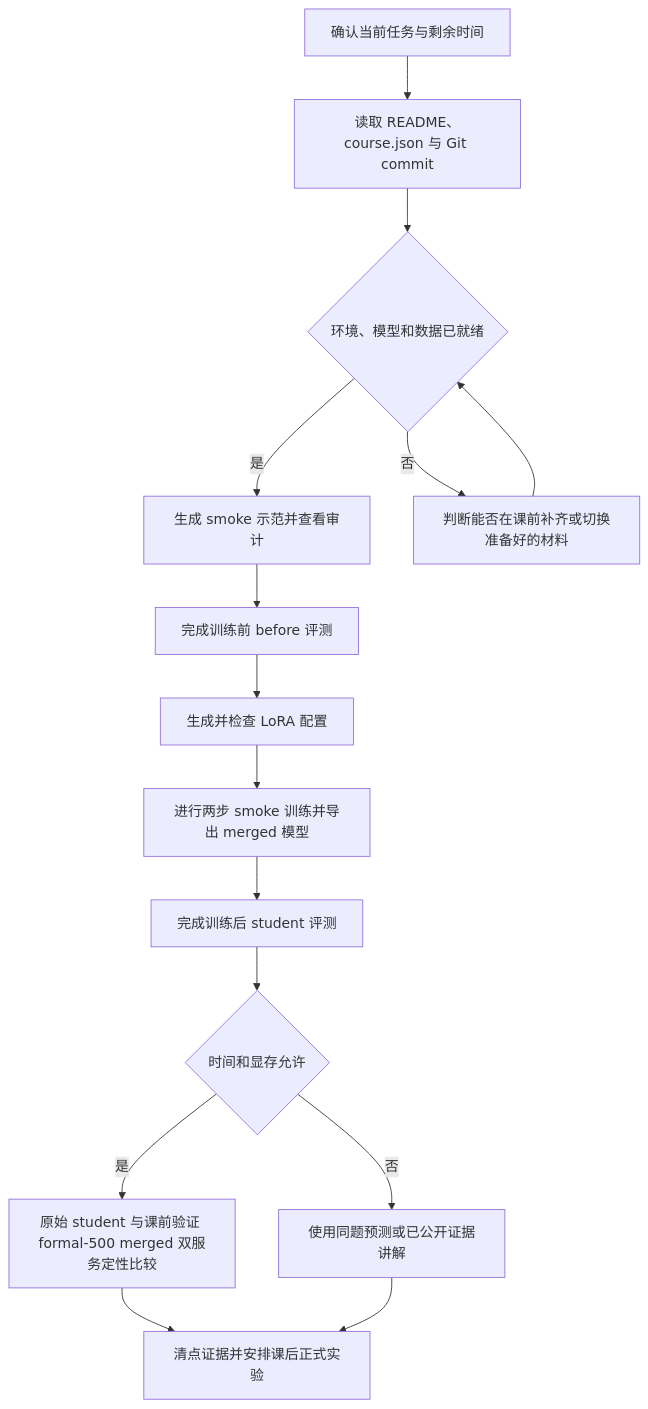
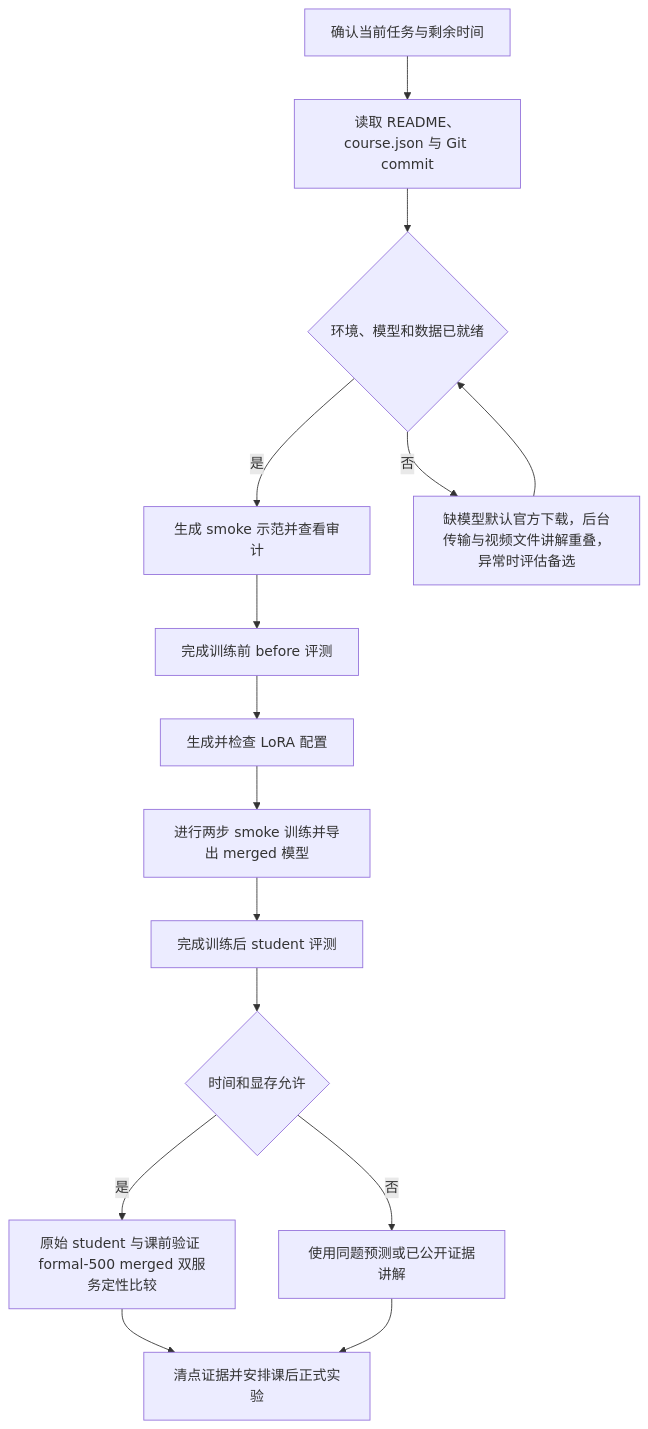
One commit to Beirana/distillation-lab-coach changed the diagram in README.md. Above: the diagram before and after it, drawn with Mermaid. The commit also changed other lines of this file and 14 other files, not shown here.

````diff
--- a/README.md
+++ b/README.md
@@ -38,17 +44,17 @@
 ```mermaid
 flowchart TD
     A[确认当前任务与剩余时间] --> B[读取 README、course.json 与 Git commit]
     B --> C{环境、模型和数据已就绪}
     C -- 是 --> D[生成 smoke 示范并查看审计]
-    C -- 否 --> X[判断能否在课前补齐或切换准备好的材料]
+    C -- 否 --> X[缺模型默认官方下载，后台传输与视频文件讲解重叠，异常时评估备选]
     X --> C
     D --> E[完成训练前 before 评测]
     E --> F[生成并检查 LoRA 配置]
     F --> G[进行两步 smoke 训练并导出 merged 模型]
     G --> H[完成训练后 student 评测]
     H --> I{时间和显存允许}
     I -- 是 --> J[原始 student 与课前验证 formal-500 merged 双服务定性比较]
     I -- 否 --> K[使用同题预测或已公开证据讲解]
     J --> L[清点证据并安排课后正式实验]
     K --> L
 ```
````
